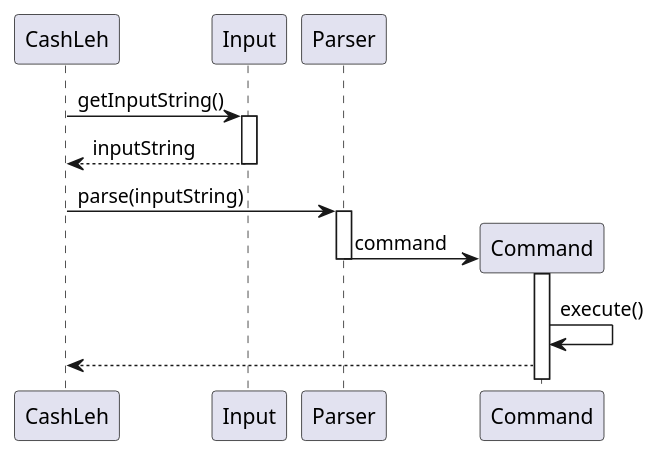
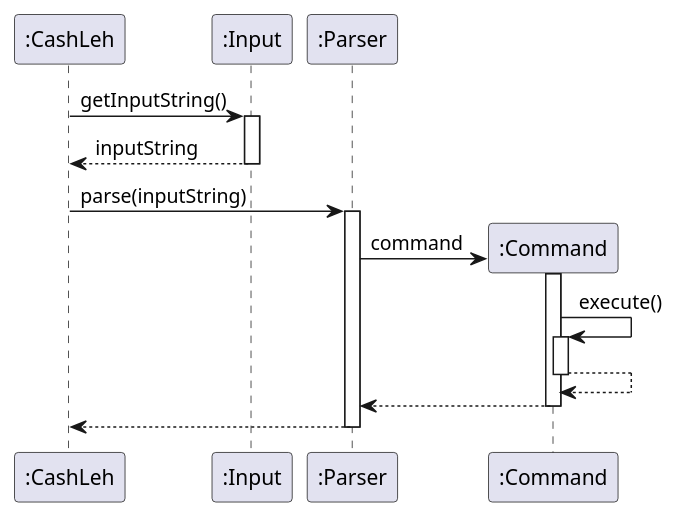
The diagram in docs/uml/main_example.puml (nus-cs2113-AY2324S1/tp), drawn with PlantUML before and after one commit. The commit also changed 1 other file, not shown here.

Commit message:
Edit PUML diagram

```diff
--- a/docs/uml/main_example.puml
+++ b/docs/uml/main_example.puml
@@ -1,21 +1,26 @@
 @startuml
 'https://plantuml.com/sequence-diagram
 
-CashLeh -> Input: getInputString()
-activate Input
-Input --> CashLeh: inputString
-deactivate Input
+":CashLeh" -> ":Input": getInputString()
+activate ":Input"
+":Input" --> ":CashLeh": inputString
+deactivate ":Input"
 
-CashLeh -> Parser: parse(inputString)
-activate Parser
+":CashLeh" -> ":Parser": parse(inputString)
+activate ":Parser"
 
-create Command
-Parser -> Command: command
-activate Command
-deactivate Parser
-Command -> Command: execute()
+create ":Command"
+":Parser" -> ":Command": command
+activate ":Command"
+":Command" -> ":Command": execute()
+activate ":Command"
+":Command" --> ":Command"
+deactivate ":Command"
+":Command" --> ":Parser"
+deactivate ":Command"
+":Parser" --> ":CashLeh"
 
-Command --> CashLeh:
-deactivate Parser
+deactivate ":Parser"
+
 
 @enduml
```
